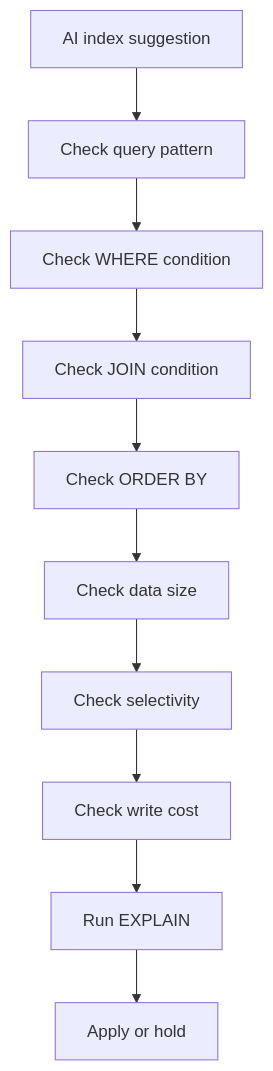
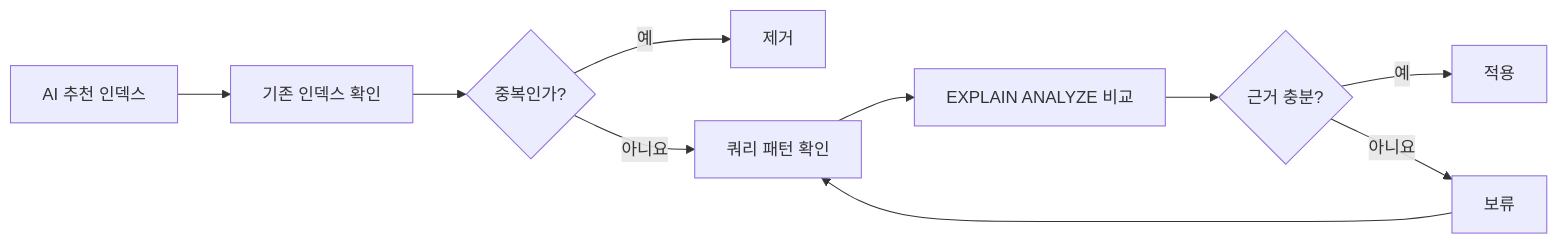
One commit to GilbertMoon/ai-database-book changed the diagram in images/chapter10/ch10_08_ai_index_review_flow.mmd. Above: the diagram before and after it, drawn with Mermaid. The commit also changed 47 other files, not shown here.

Commit message:
Revise Chapters 10 and 11 content and diagrams

```diff
--- a/images/chapter10/ch10_08_ai_index_review_flow.mmd
+++ b/images/chapter10/ch10_08_ai_index_review_flow.mmd
@@ -1,10 +1,10 @@
-flowchart TD
-    A[AI index suggestion] --> B[Check query pattern]
-    B --> C[Check WHERE condition]
-    C --> D[Check JOIN condition]
-    D --> E[Check ORDER BY]
-    E --> F[Check data size]
-    F --> G[Check selectivity]
-    G --> H[Check write cost]
-    H --> I[Run EXPLAIN]
-    I --> J[Apply or hold]
+flowchart LR
+    A[AI 추천 인덱스] --> B[기존 인덱스 확인]
+    B --> C{중복인가?}
+    C -- 예 --> D[제거]
+    C -- 아니요 --> E[쿼리 패턴 확인]
+    E --> F[EXPLAIN ANALYZE 비교]
+    F --> G{근거 충분?}
+    G -- 예 --> H[적용]
+    G -- 아니요 --> I[보류]
+    I --> E
```
